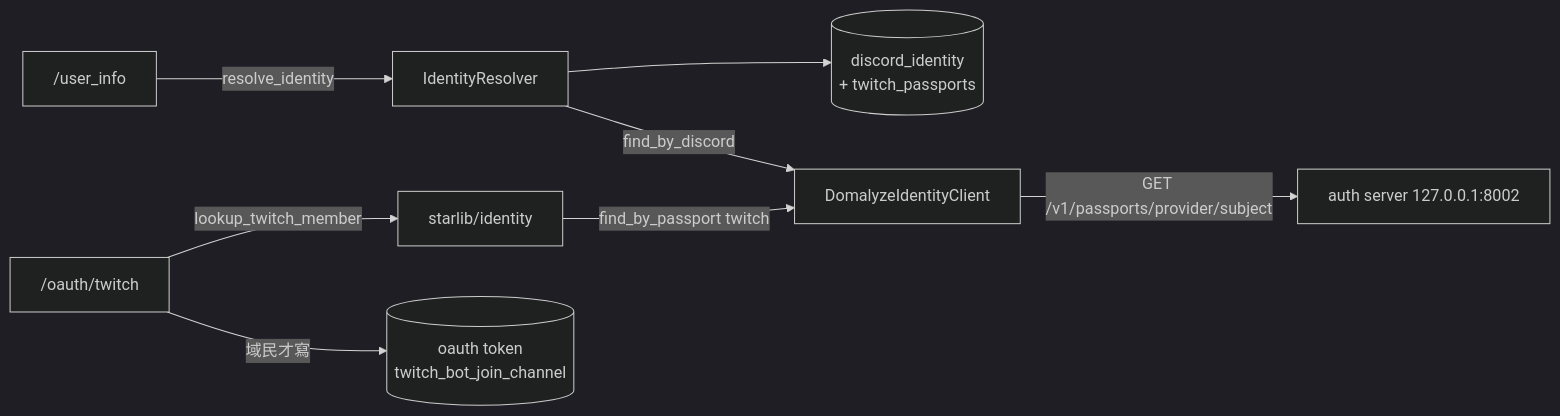
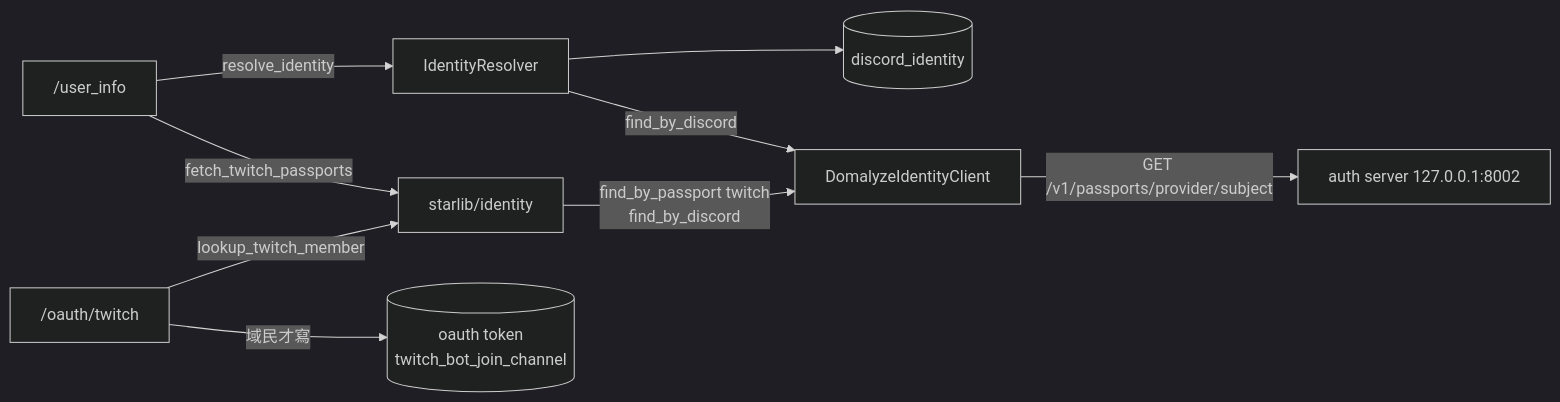
Before and after one commit to willy1236/XingyuBot: the first of 3 diagrams in docs/tickets/twitch-passport.md, drawn with Mermaid (dark theme). The commit also changed other lines of this file, not shown here.

Commit message:
docs(tickets): T-03 改為即時查 auth server，不再存 Twitch 清單

````diff
--- a/docs/tickets/twitch-passport.md
+++ b/docs/tickets/twitch-passport.md
@@ -35,10 +35,11 @@
 ```mermaid
 flowchart LR
     UI["/user_info"] -->|resolve_identity| R[IdentityResolver]
-    R --> DB[(discord_identity<br/>+ twitch_passports)]
+    UI -->|fetch_twitch_passports| L
+    R --> DB[(discord_identity)]
     R -->|find_by_discord| A[DomalyzeIdentityClient]
     CB["/oauth/twitch"] -->|lookup_twitch_member| L[starlib/identity]
-    L -->|find_by_passport twitch| A
+    L -->|find_by_passport twitch<br/>find_by_discord| A
     A -->|GET /v1/passports/provider/subject| AUTH[auth server 127.0.0.1:8002]
     CB -->|域民才寫| TB[(oauth token<br/>twitch_bot_join_channel)]
 ```
````
